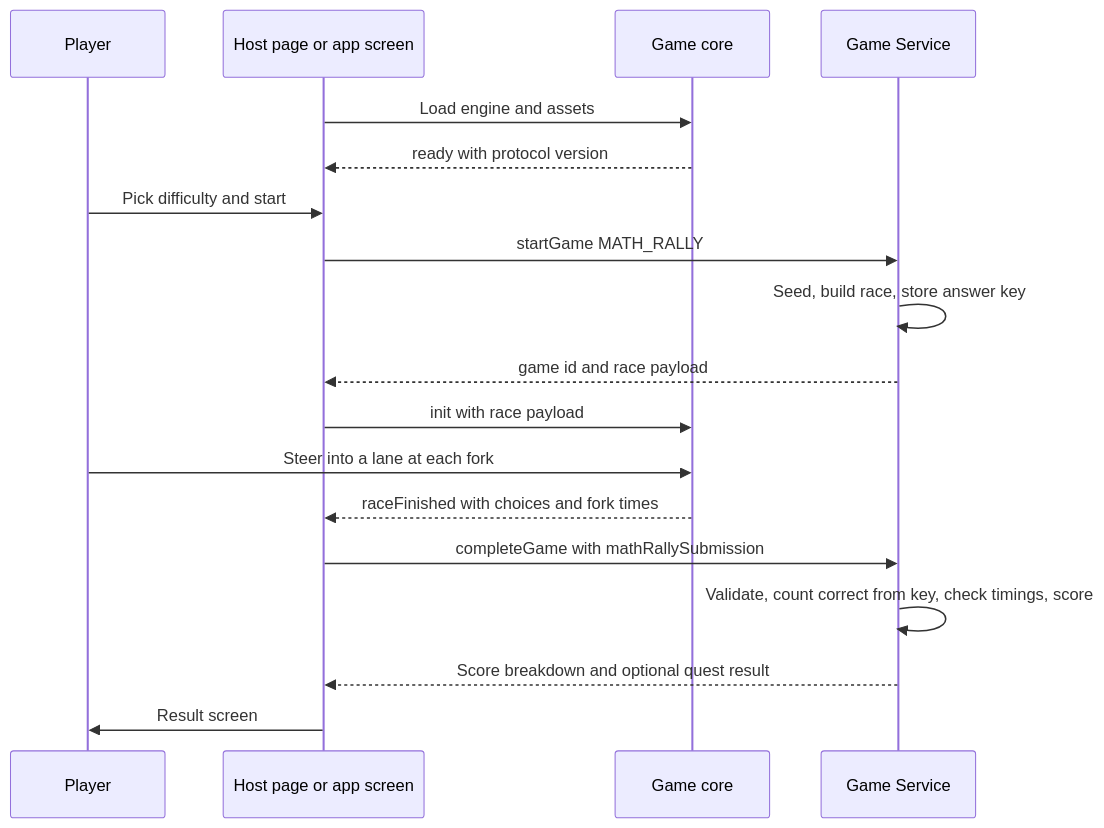
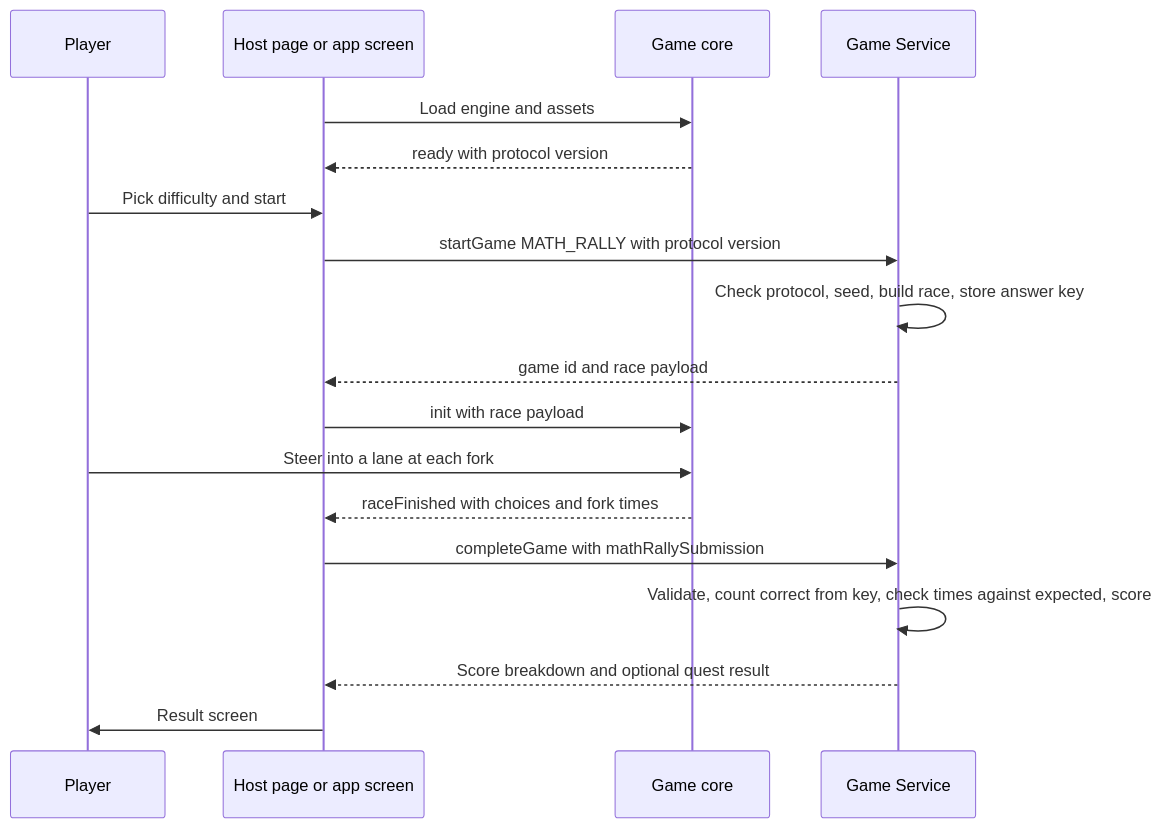
One commit to dtuleski/turbo-town changed the diagram in aidlc-docs/inception/requirements/math-kart-requirements.md. Above: the diagram before and after it, drawn with Mermaid. The commit also changed other lines of this file and 4 other files, not shown here.

````diff
--- a/aidlc-docs/inception/requirements/math-kart-requirements.md
+++ b/aidlc-docs/inception/requirements/math-kart-requirements.md
@@ -392,20 +422,20 @@
 ```mermaid
 sequenceDiagram
     participant P as Player
     participant H as Host page or app screen
     participant G as Game core
     participant S as Game Service
     H->>G: Load engine and assets
     G-->>H: ready with protocol version
     P->>H: Pick difficulty and start
-    H->>S: startGame MATH_RALLY
-    S->>S: Seed, build race, store answer key
+    H->>S: startGame MATH_RALLY with protocol version
+    S->>S: Check protocol, seed, build race, store answer key
     S-->>H: game id and race payload
     H->>G: init with race payload
     P->>G: Steer into a lane at each fork
     G-->>H: raceFinished with choices and fork times
     H->>S: completeGame with mathRallySubmission
-    S->>S: Validate, count correct from key, check timings, score
+    S->>S: Validate, count correct from key, check times against expected, score
     S-->>H: Score breakdown and optional quest result
     H->>P: Result screen
 ```
````
